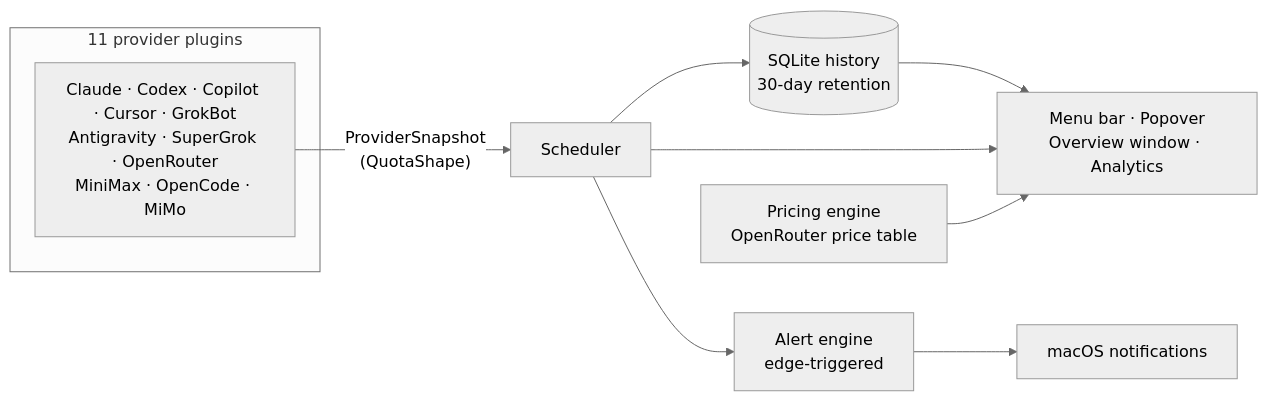
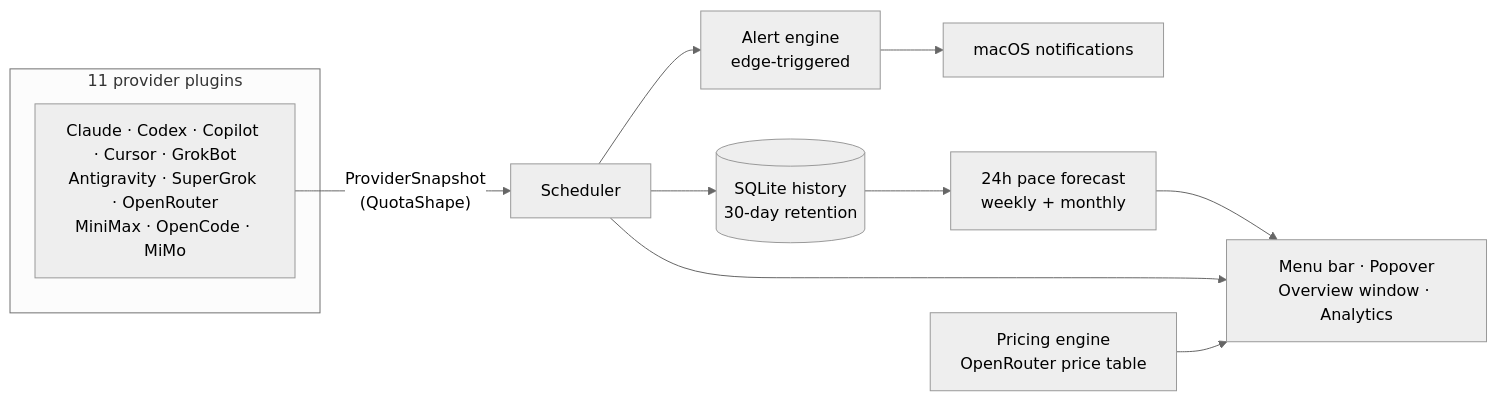
Before and after one commit to OkamiOps/OkTally: the diagram in README.md, drawn with Mermaid (neutral theme). The commit also changed other lines of this file and 24 other files, not shown here.

````diff
--- a/README.md
+++ b/README.md
@@ -111,13 +111,14 @@
 ```mermaid
 flowchart LR
     subgraph Providers["11 provider plugins"]
         P1["Claude · Codex · Copilot · Cursor · GrokBot<br/>Antigravity · SuperGrok · OpenRouter<br/>MiniMax · OpenCode · MiMo"]
     end
     P1 -->|"ProviderSnapshot<br/>(QuotaShape)"| S[Scheduler]
     S --> DB[(SQLite history<br/>30-day retention)]
     S --> AE[Alert engine<br/>edge-triggered]
     AE --> N[macOS notifications]
-    DB --> UI["Menu bar · Popover<br/>Overview window · Analytics"]
+    DB --> FE[24h pace forecast<br/>weekly + monthly]
+    FE --> UI["Menu bar · Popover<br/>Overview window · Analytics"]
     S --> UI
     PE[Pricing engine<br/>OpenRouter price table] --> UI
 ```
````
